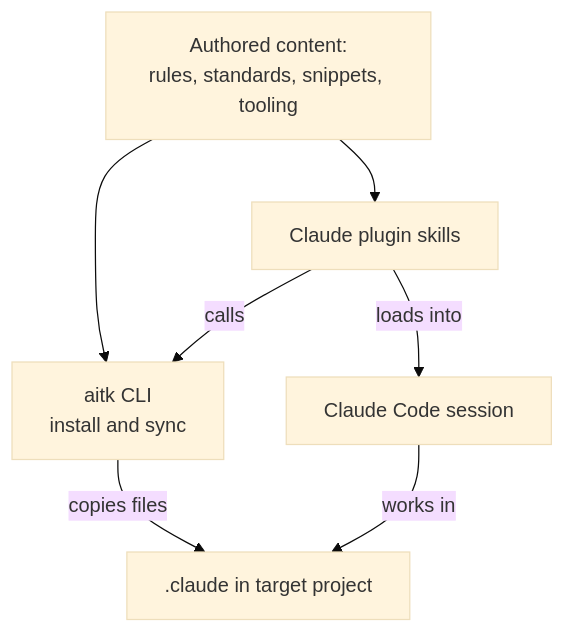
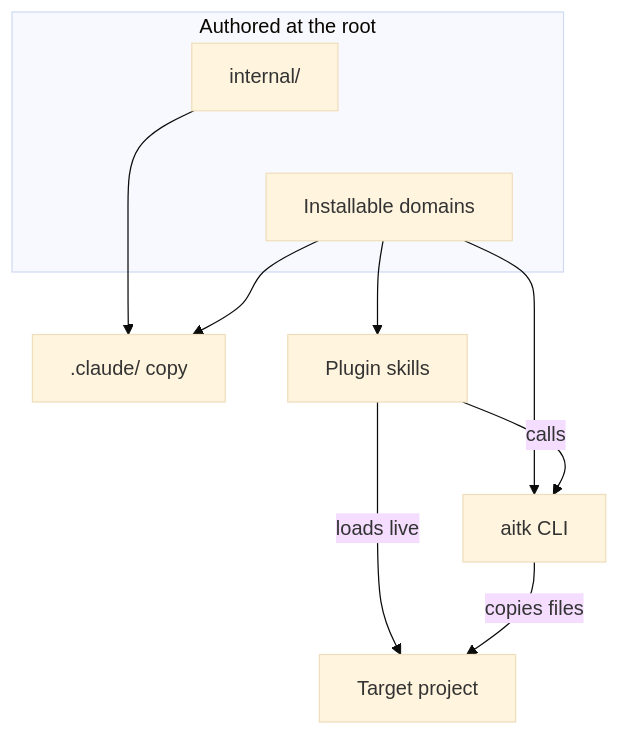
The diagram in .claude/diagrams/components.md (erclx/ai-toolkit), drawn with Mermaid (base theme) before and after one commit. The commit also changed other lines of this file, not shown here.

Commit message:
docs(diagrams): redraw components from prose and drop the fidelity note

````diff
--- a/.claude/diagrams/components.md
+++ b/.claude/diagrams/components.md
@@ -12,19 +12,24 @@
 ```mermaid
 flowchart TB
-  accTitle: How authored content reaches a project through two paths
-  accDescr: One body of authored content splits into two delivery paths, a CLI that copies domain files into a target project and a set of plugin skills that load live into a Claude Code session, with the skills calling the CLI rather than duplicating its logic.
+  accTitle: The layers inside the boundary and which of them reach a project
+  accDescr: Content is authored at the repository root and splits into installable domains and an internal tree nothing shippable reaches, the installable side is also consumed into a generated copy this repository commits and reads back, and two independent channels carry it outward, a CLI that copies files into a target and a plugin that loads its skills live.
 
-  authored["Authored content:<br/>rules, standards, snippets, tooling"]
+  subgraph authored["Authored at the root"]
+    internal["internal/"]
+    domains["Installable domains"]
+    internal ~~~ domains
+  end
 
-  plugin["Claude plugin skills"]
-  cli["aitk CLI<br/>install and sync"]
-  session["Claude Code session"]
-  project[".claude in target project"]
+  consumed[".claude/ copy"]
+  plugin["Plugin skills"]
+  cli["aitk CLI"]
+  target["Target project"]
 
-  authored --> plugin
-  authored --> cli
+  internal --> consumed
+  domains --> consumed
+  domains --> plugin
+  domains --> cli
   plugin -->|calls| cli
-  plugin -->|loads into| session
-  cli -->|copies files| project
-  session -->|works in| project
+  plugin -->|loads live| target
+  cli -->|copies files| target
 ```
````
